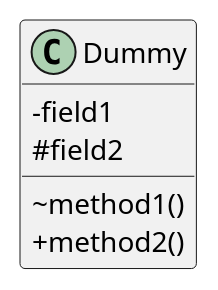
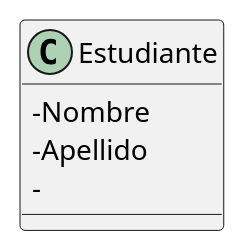
One commit to facund015/codeRelatedObsidianNotes changed the second of 2 diagrams in Reto/Diagramas.md. Above: the diagram before and after it, drawn with PlantUML.

Commit message:
vault backup: 2021-10-12 11:52:56

````diff
--- a/Reto/Diagramas.md
+++ b/Reto/Diagramas.md
@@ -41,12 +41,11 @@
 ```plantuml
 @startuml
 skinparam classAttributeIconSize 0
-class Dummy {
- -field1
- #field2
- ~method1()
- +method2()
+class Estudiante {
+ -Nombre
+ -Apellido
+ -
 }
 
 @enduml
 ```
````
